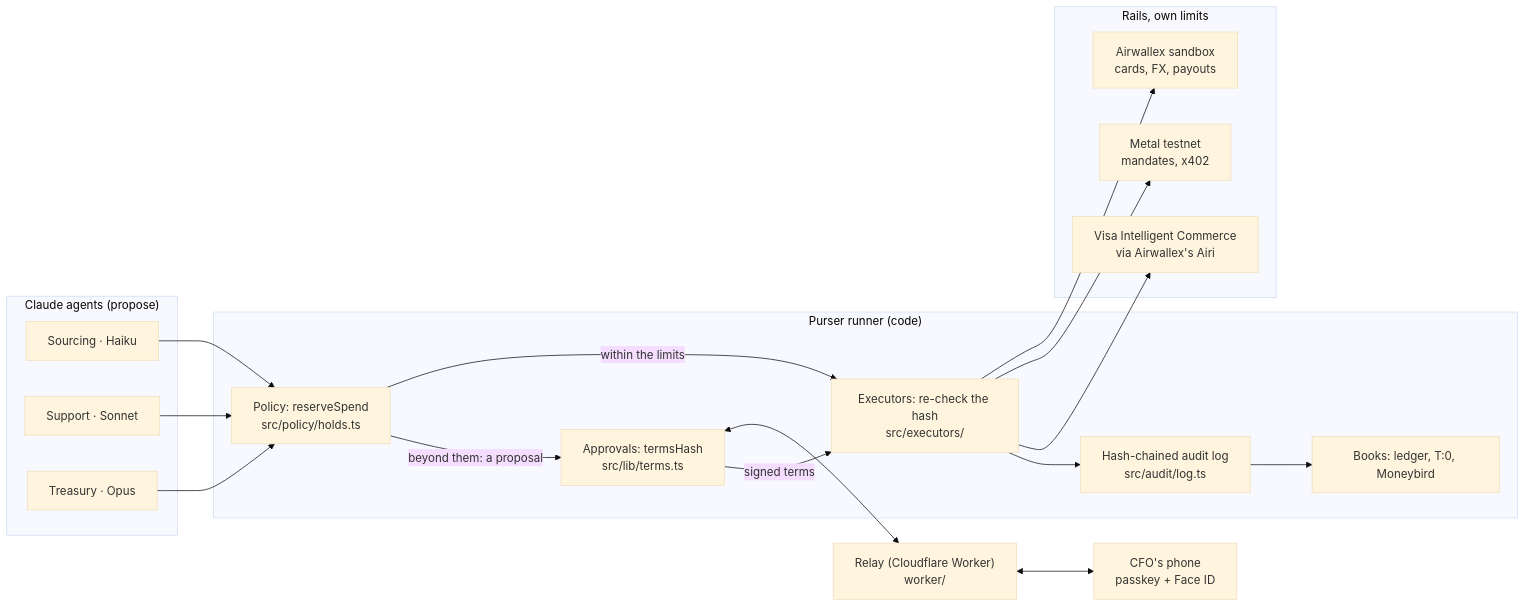
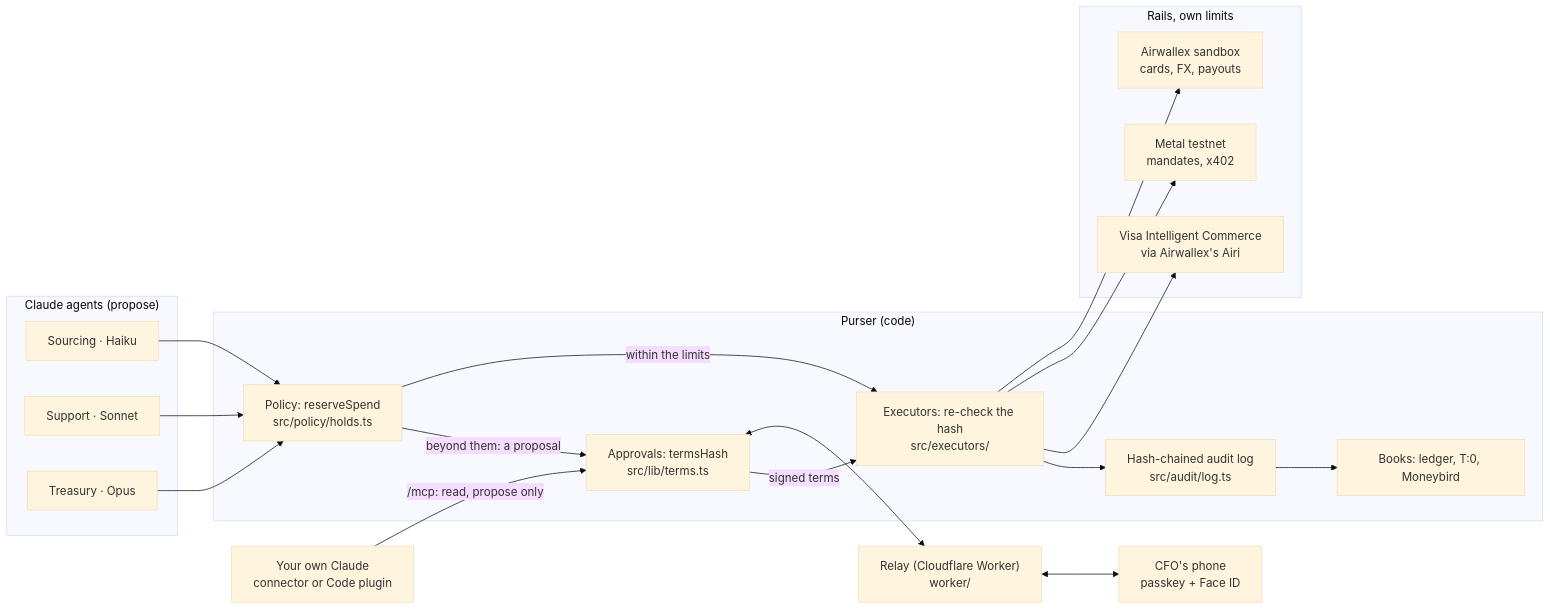
One commit to agamemnon-coder/x402-business-agents changed the first of 3 diagrams in docs/diagrams.md. Above: the diagram before and after it, drawn with Mermaid (base theme). The commit also changed 11 other files, not shown here.

````diff
--- a/docs/diagrams.md
+++ b/docs/diagrams.md
@@ -9,29 +9,31 @@
 ```mermaid
 flowchart LR
   subgraph Agents["Claude agents (propose)"]
     S["Sourcing · Haiku"]
     U["Support · Sonnet"]
     T["Treasury · Opus"]
   end
-  subgraph Purser["Purser runner (code)"]
+  CL["Your own Claude<br/>connector or Code plugin"]
+  subgraph Purser["Purser (code)"]
     P["Policy: reserveSpend<br/>src/policy/holds.ts"]
     A["Approvals: termsHash<br/>src/lib/terms.ts"]
     X["Executors: re-check the hash<br/>src/executors/"]
     L["Hash-chained audit log<br/>src/audit/log.ts"]
     B["Books: ledger, T:0, Moneybird"]
   end
   R["Relay (Cloudflare Worker)<br/>worker/"]
   F["CFO's phone<br/>passkey + Face ID"]
   subgraph Rails["Rails, own limits"]
     AW["Airwallex sandbox<br/>cards, FX, payouts"]
     M["Metal testnet<br/>mandates, x402"]
     V["Visa Intelligent Commerce<br/>via Airwallex's Airi"]
   end
   S & U & T --> P
+  CL -- "/mcp: read, propose only" --> A
   P -- "within the limits" --> X
   P -- "beyond them: a proposal" --> A
   A <--> R <--> F
   A -- "signed terms" --> X
   X --> AW & M & V
   X --> L --> B
 ```
````
